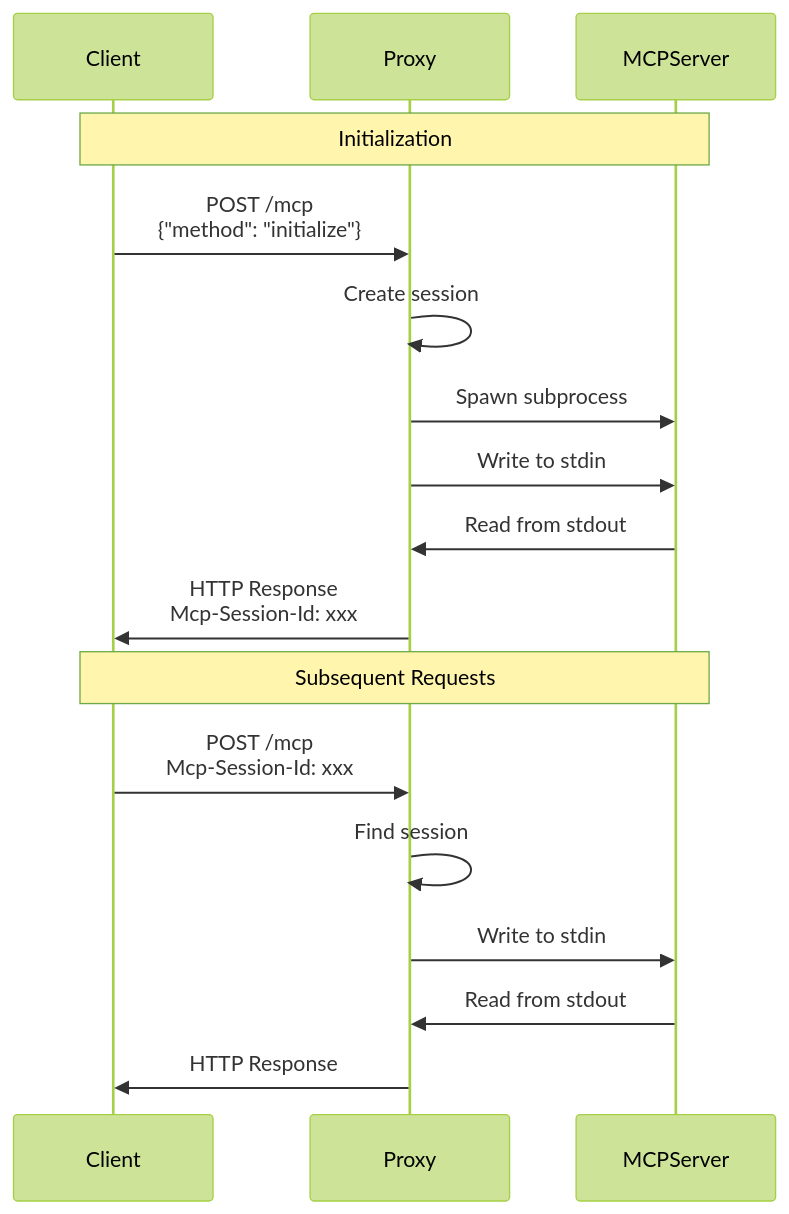
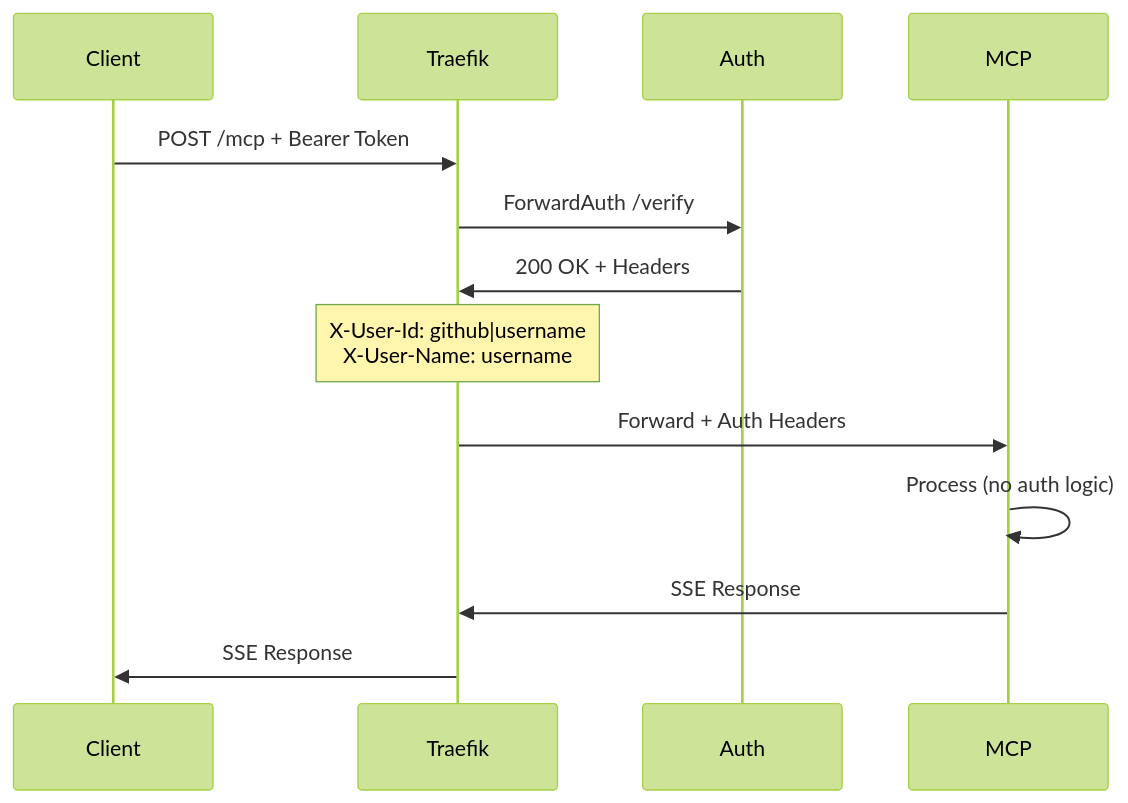
The third of 3 diagrams in docs/architecture/mcp-integration.md (atrawog/mcp-oauth-gateway), drawn with Mermaid (forest theme) before and after one commit. The commit also changed other lines of this file and 86 other files, not shown here.

````diff
--- a/docs/architecture/mcp-integration.md
+++ b/docs/architecture/mcp-integration.md
@@ -75,21 +257,16 @@
 ```{mermaid}
 sequenceDiagram
     participant Client
-    participant Proxy
-    participant MCPServer
+    participant Traefik
+    participant Auth
+    participant MCP
 
-    Note over Client,MCPServer: Initialization
-    Client->>Proxy: POST /mcp<br/>{"method": "initialize"}
-    Proxy->>Proxy: Create session
-    Proxy->>MCPServer: Spawn subprocess
-    Proxy->>MCPServer: Write to stdin
-    MCPServer->>Proxy: Read from stdout
-    Proxy->>Client: HTTP Response<br/>Mcp-Session-Id: xxx
-
-    Note over Client,MCPServer: Subsequent Requests
-    Client->>Proxy: POST /mcp<br/>Mcp-Session-Id: xxx
-    Proxy->>Proxy: Find session
-    Proxy->>MCPServer: Write to stdin
-    MCPServer->>Proxy: Read from stdout
-    Proxy->>Client: HTTP Response
+    Client->>Traefik: POST /mcp + Bearer Token
+    Traefik->>Auth: ForwardAuth /verify
+    Auth->>Traefik: 200 OK + Headers
+    Note over Traefik: X-User-Id: github|username<br/>X-User-Name: username
+    Traefik->>MCP: Forward + Auth Headers
+    MCP->>MCP: Process (no auth logic)
+    MCP->>Traefik: SSE Response
+    Traefik->>Client: SSE Response
 ```
````
